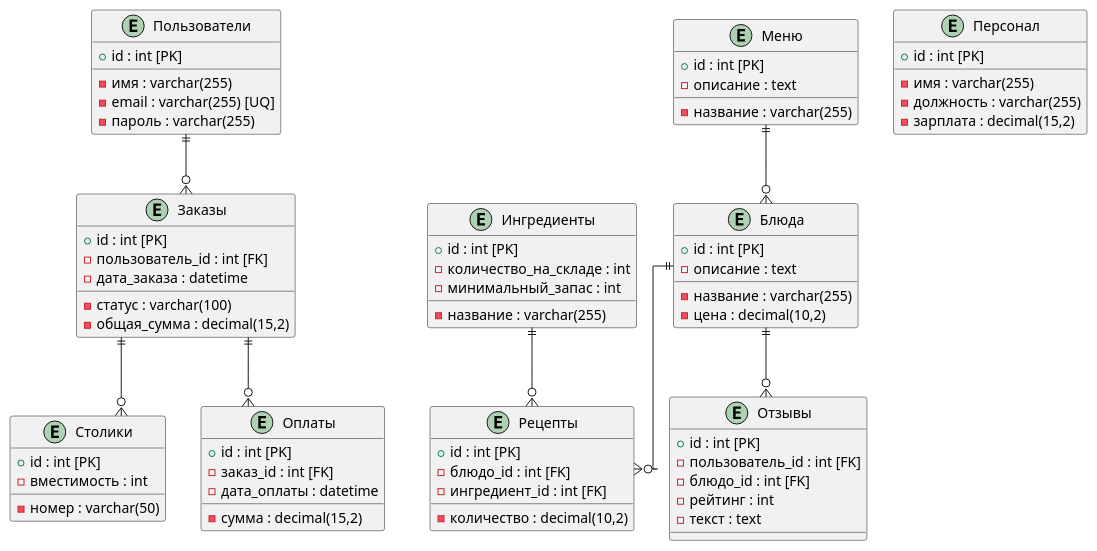
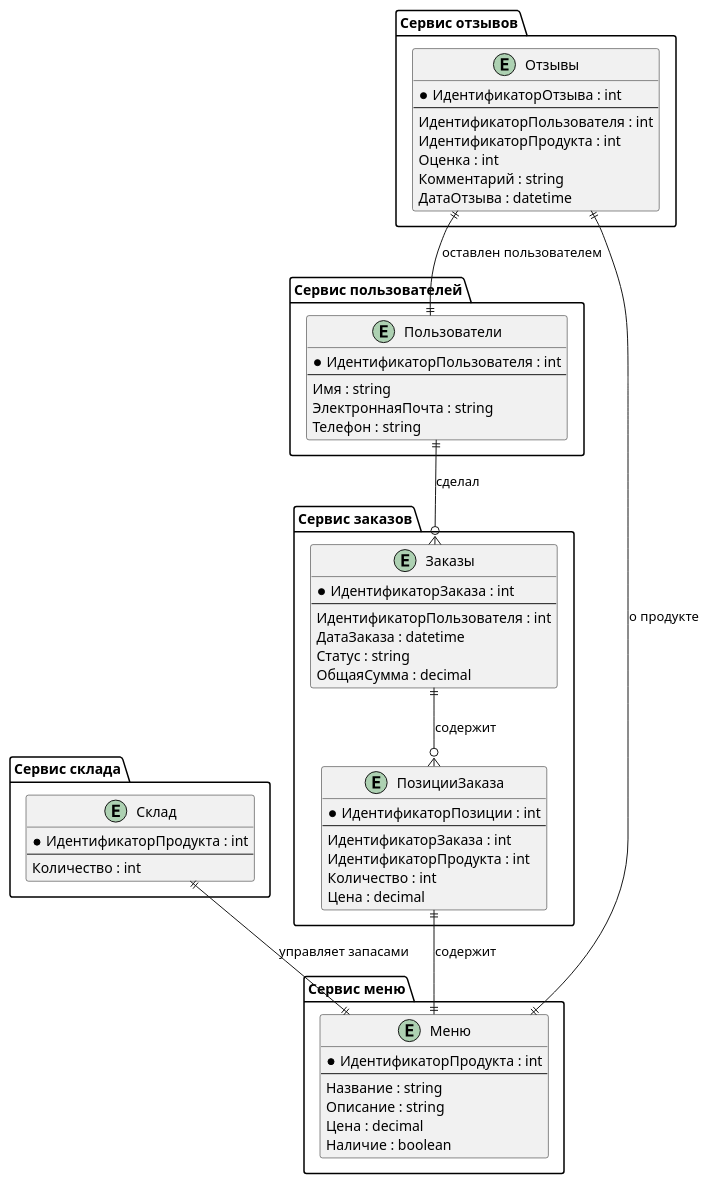
One commit to mariashapoval/Otus changed the diagram in docs/diagrams/src/phmd.puml. Above: the diagram before and after it, drawn with PlantUML. The commit also changed other lines of this file, not shown here.

```diff
--- a/docs/diagrams/src/phmd.puml
+++ b/docs/diagrams/src/phmd.puml
@@ -1,85 +2,71 @@
 @startuml
-skinparam linetype ortho
 
-' Основные сущности
-entity "Пользователи" {
-    + id : int [PK]
-    - имя : varchar(255)
-    - email : varchar(255) [UQ]
-    - пароль : varchar(255)
+package "Сервис пользователей" {
+  entity Пользователи {
+    * ИдентификаторПользователя : int
+    --
+    Имя : string
+    ЭлектроннаяПочта : string
+    Телефон : string
+  }
 }
 
-entity "Заказы" {
-    + id : int [PK]
-    - пользователь_id : int [FK]
-    - статус : varchar(100)
-    - дата_заказа : datetime
-    - общая_сумма : decimal(15,2)
+package "Сервис заказов" {
+  entity Заказы {
+    * ИдентификаторЗаказа : int
+    --
+    ИдентификаторПользователя : int
+    ДатаЗаказа : datetime
+    Статус : string
+    ОбщаяСумма : decimal
+  }
+
+  entity ПозицииЗаказа {
+    * ИдентификаторПозиции : int
+    --
+    ИдентификаторЗаказа : int
+    ИдентификаторПродукта : int
+    Количество : int
+    Цена : decimal
+  }
 }
 
-entity "Столики" {
-    + id : int [PK]
-    - номер : varchar(50)
-    - вместимость : int
+package "Сервис меню" {
+  entity Меню {
+    * ИдентификаторПродукта : int
+    --
+    Название : string
+    Описание : string
+    Цена : decimal
+    Наличие : boolean
+  }
 }
 
-entity "Меню" {
-    + id : int [PK]
-    - название : varchar(255)
-    - описание : text
+package "Сервис склада" {
+  entity Склад {
+    * ИдентификаторПродукта : int
+    --
+    Количество : int
+  }
 }
 
-' Расширенные сущности
-entity "Блюда" {
-    + id : int [PK]
-    - название : varchar(255)
-    - цена : decimal(10,2)
-    - описание : text
+package "Сервис отзывов" {
+  entity Отзывы {
+    * ИдентификаторОтзыва : int
+    --
+    ИдентификаторПользователя : int
+    ИдентификаторПродукта : int
+    Оценка : int
+    Комментарий : string
+    ДатаОтзыва : datetime
+  }
 }
 
-entity "Ингредиенты" {
-    + id : int [PK]
-    - название : varchar(255)
-    - количество_на_складе : int
-    - минимальный_запас : int
-}
-
-entity "Рецепты" {
-    + id : int [PK]
-    - блюдо_id : int [FK]
-    - ингредиент_id : int [FK]
-    - количество : decimal(10,2)
-}
-
-entity "Оплаты" {
-    + id : int [PK]
-    - заказ_id : int [FK]
-    - сумма : decimal(15,2)
-    - дата_оплаты : datetime
-}
-
-entity "Отзывы" {
-    + id : int [PK]
-    - пользователь_id : int [FK]
-    - блюдо_id : int [FK]
-    - рейтинг : int
-    - текст : text
-}
-
-entity "Персонал" {
-    + id : int [PK]
-    - имя : varchar(255)
-    - должность : varchar(255)
-    - зарплата : decimal(15,2)
-}
-
-' Связи
-Пользователи ||--o{ Заказы
-Меню ||--o{ Блюда
-Заказы ||--o{ Оплаты
-Блюда ||--o{ Рецепты
-Ингредиенты ||--o{ Рецепты
-Блюда ||--o{ Отзывы
-Заказы ||--o{ Столики
+Пользователи ||--o{ Заказы : сделал
+Заказы ||--o{ ПозицииЗаказа : содержит
+ПозицииЗаказа ||--|| Меню : содержит
+Склад ||--|| Меню : управляет запасами
+Отзывы ||--|| Пользователи : оставлен пользователем
+Отзывы ||--|| Меню : о продукте
 
 @enduml
```
